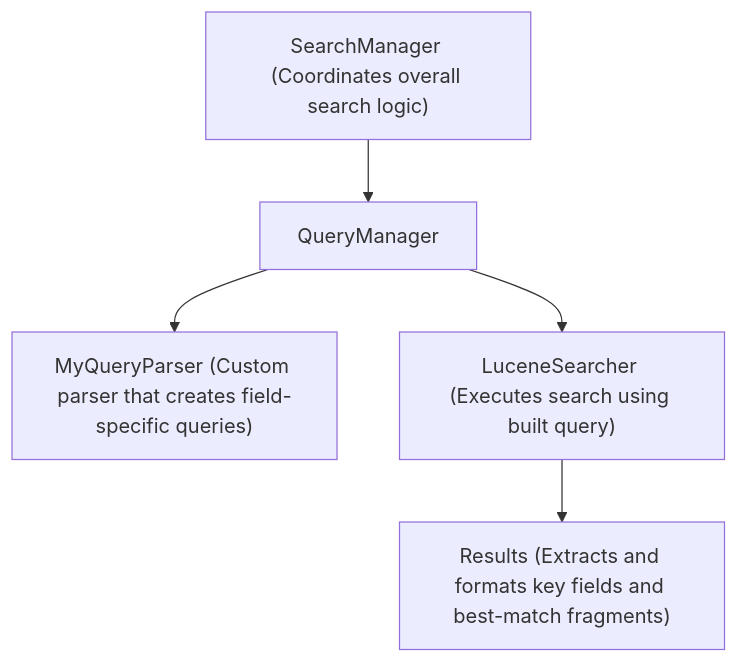
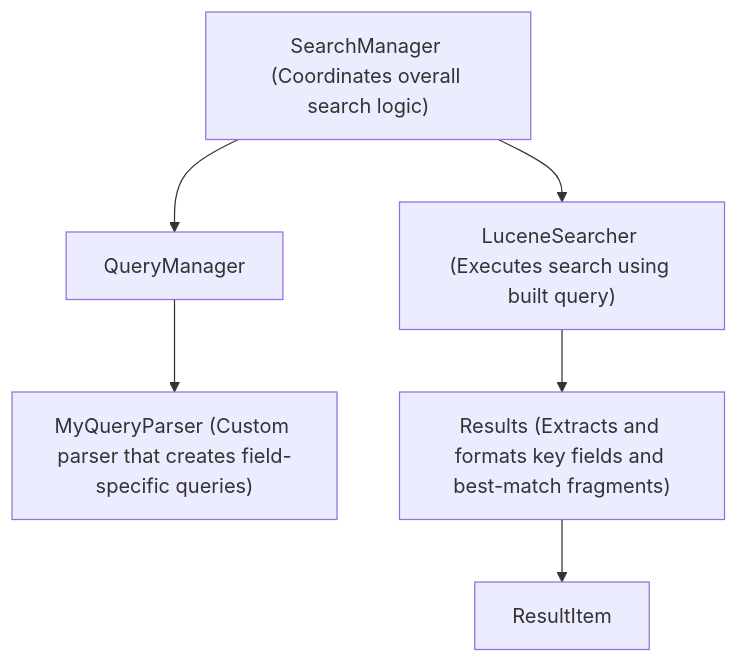
The diagram in README.md (Daniel-Seredensky/LuceneSearcher), drawn with Mermaid before and after one commit.

Commit message:
Update ReadM

````diff
--- a/README.md
+++ b/README.md
@@ -104,13 +104,15 @@
 ```mermaid 
 flowchart TD
     SM["SearchManager (Coordinates overall search logic)"]
     QM["QueryManager"]
     MP["MyQueryParser (Custom parser that creates field-specific queries)"]
     LS["LuceneSearcher (Executes search using built query)"]
     R["Results (Extracts and formats key fields and best-match fragments)"]
-
+    RI["ResultItem"]
+    
     SM --> QM
+    SM --> LS
     QM --> MP
-    QM --> LS
     LS --> R
+    R --> RI
 ```
````
